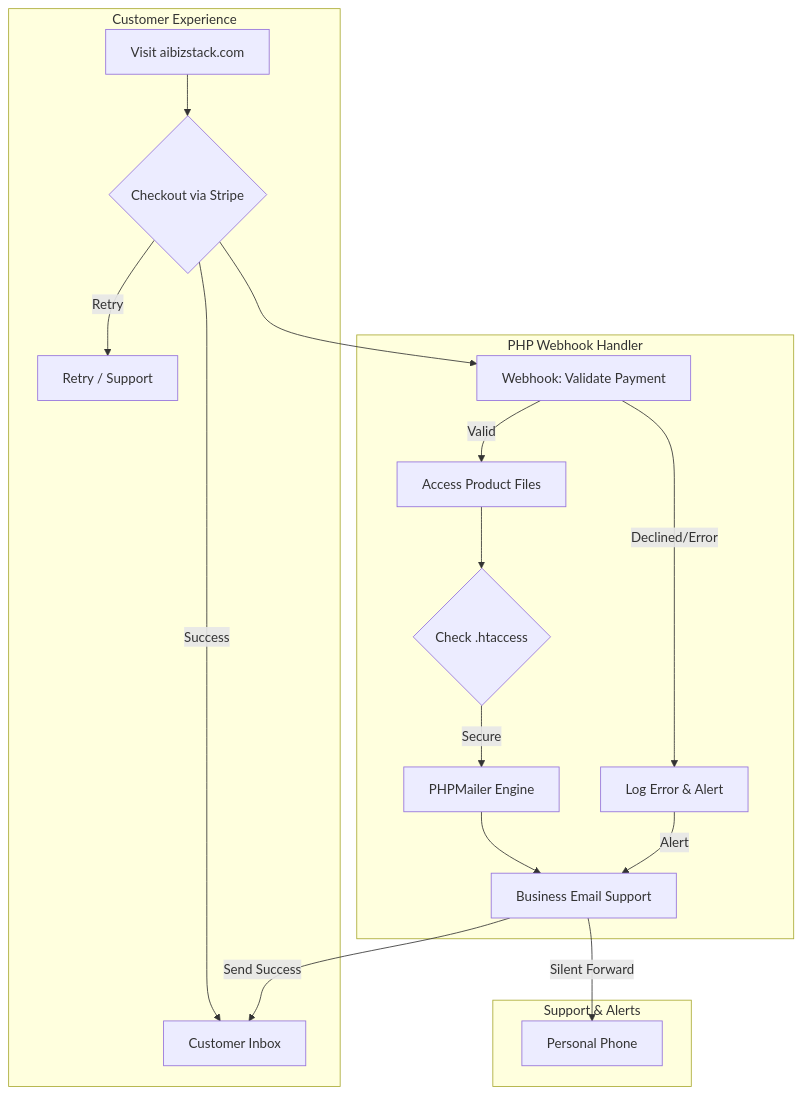
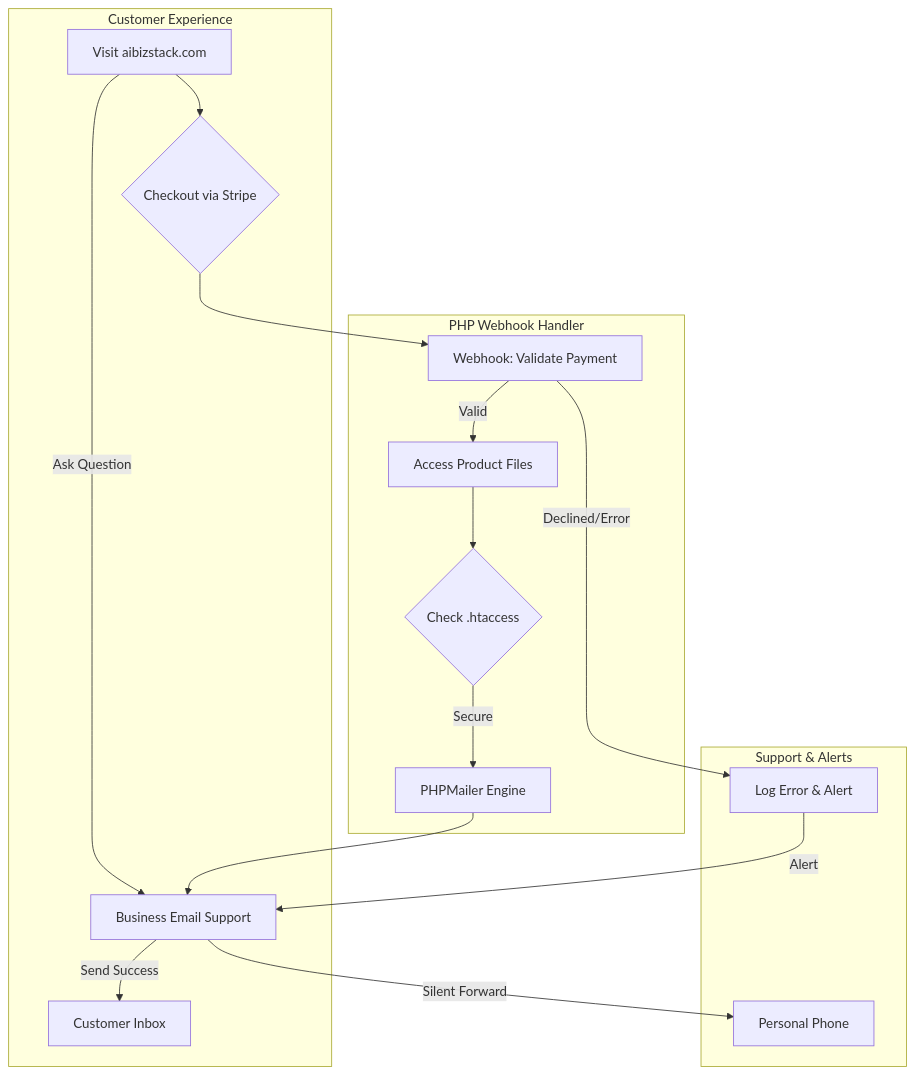
Before and after one commit to dougfret-sudo/AIBizstack-system-: the diagram in README.md, drawn with Mermaid.

````diff
--- a/README.md
+++ b/README.md
@@ -1,25 +1,23 @@
 ```mermaid
 graph TD
-  subgraph Customer_Side [Customer Experience]
+    subgraph Customer_Side [Customer Experience]
         A[Visit aibizstack.com] --> B{Checkout via Stripe}
-        B -- Success --> C[Success Inbox]
-        B -- Retry --> D[Retry / Support]
+        D[Customer Inbox]
+        A -- Ask Question --> N
     end
 
- subgraph Logic_Layer [PHP Webhook Handler]
+    subgraph Logic_Layer [PHP Webhook Handler]
         B --> E[Webhook: Validate Payment]
         E -- Valid --> F[Access Product Files]
-        E -- Declined/Error --> G[Log Error & Alert]
-        
         F --> H{Check .htaccess}
         H -- Secure --> I[PHPMailer Engine]
-        
         I --> N[Business Email Support]
     end
 
     subgraph Monitoring_Layer [Support & Alerts]
-        N -- Send Success --> C[Customer Inbox]
+        N[Business Email Support] -- Send Success --> D
         N -- Silent Forward --> L[Personal Phone]
+        E -- Declined/Error --> G[Log Error & Alert]
         G -- Alert --> N
     end
 ```
````
